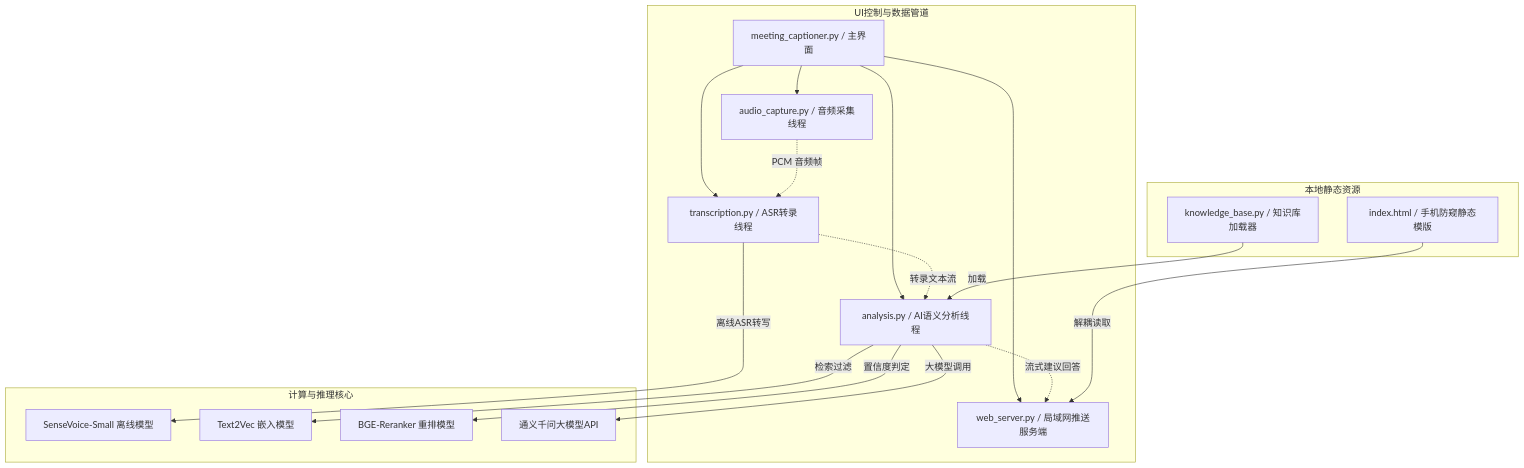
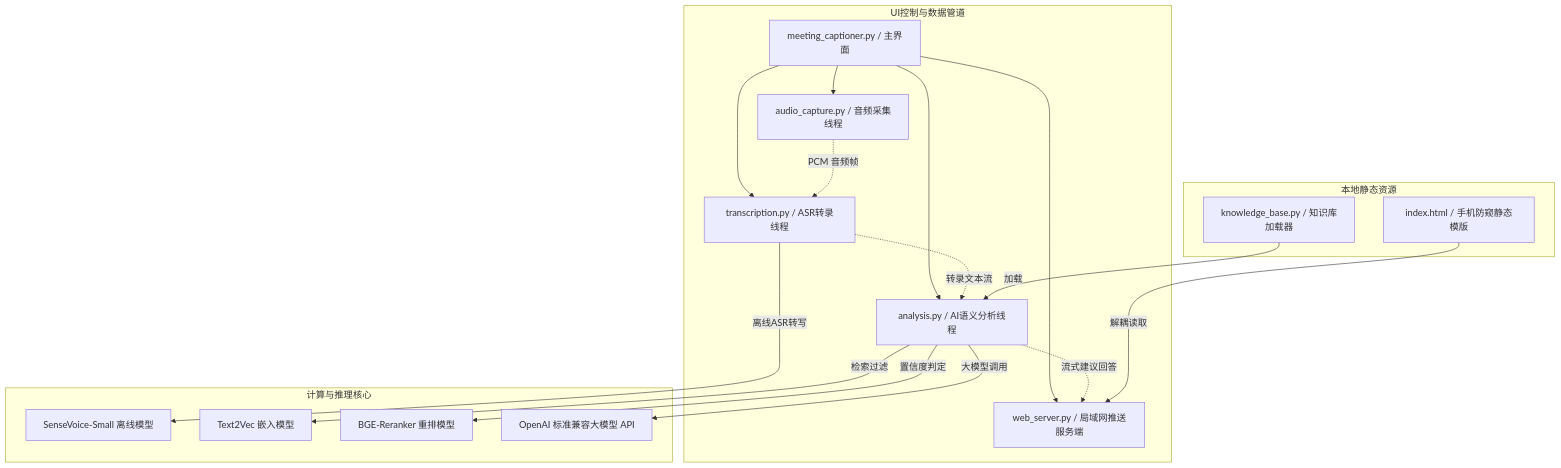
Before and after one commit to hufubufen/meeting-captioner: the diagram in README.md, drawn with Mermaid. The commit also changed other lines of this file and 8 other files, not shown here.

````diff
--- a/README.md
+++ b/README.md
@@ -40,37 +75,37 @@
 ```mermaid
 graph TD
     subgraph UI控制与数据管道
         MC[meeting_captioner.py / 主界面]
         AC[audio_capture.py / 音频采集线程]
         TS[transcription.py / ASR转录线程]
         AN[analysis.py / AI语义分析线程]
         WS[web_server.py / 局域网推送服务端]
     end
 
     subgraph 本地静态资源
         KB[knowledge_base.py / 知识库加载器]
         IH[index.html / 手机防窥静态模版]
     end
 
     subgraph 计算与推理核心
         SV[SenseVoice-Small 离线模型]
         T2V[Text2Vec 嵌入模型]
         BGE[BGE-Reranker 重排模型]
-        API[通义千问大模型API]
+        API[OpenAI 标准兼容大模型 API]
     end
 
     MC --> AC
     MC --> TS
     MC --> AN
     MC --> WS
     
     AC -.->|PCM 音频帧| TS
     TS -.->|转录文本流| AN
     AN -.->|流式建议回答| WS
     AN -->|检索过滤| T2V
     AN -->|置信度判定| BGE
     AN -->|大模型调用| API
     TS -->|离线ASR转写| SV
     KB -->|加载| AN
     IH -->|解耦读取| WS
 ```
````
